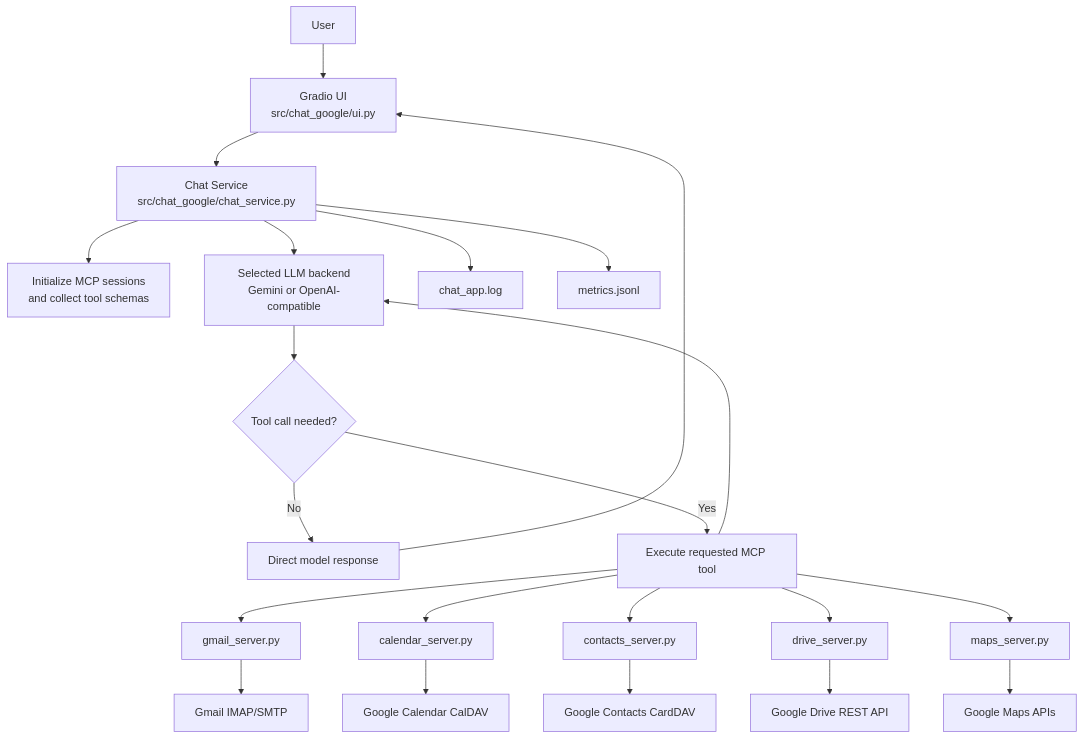
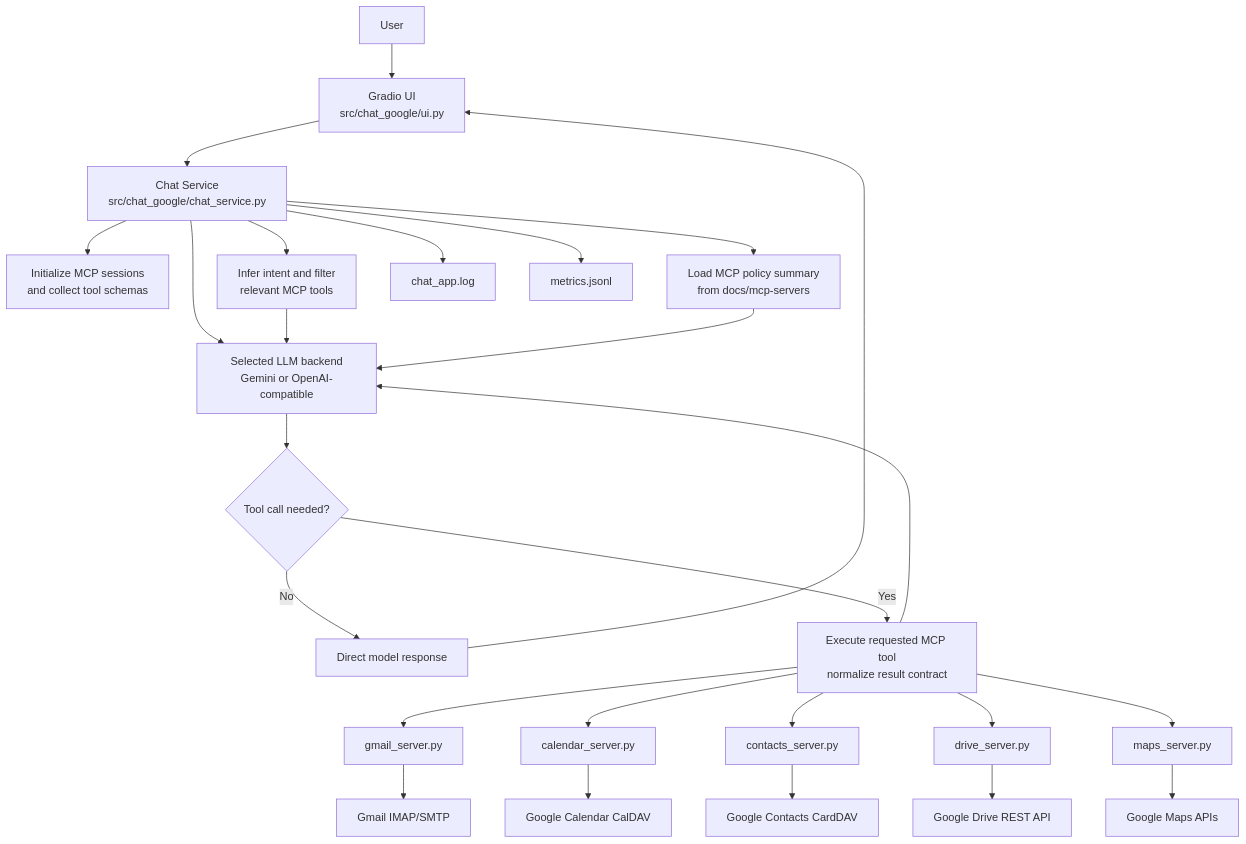
Before and after one commit to agungw132/chat-mcp-google: the diagram in README.md, drawn with Mermaid. The commit also changed other lines of this file and 15 other files, not shown here.

````diff
--- a/README.md
+++ b/README.md
@@ -72,30 +78,34 @@
 ```mermaid
 flowchart TD
     U[User] --> UI[Gradio UI<br/>src/chat_google/ui.py]
     UI --> CS[Chat Service<br/>src/chat_google/chat_service.py]
 
     CS --> MCPREG[Initialize MCP sessions<br/>and collect tool schemas]
+    CS --> ROUTE[Infer intent and filter<br/>relevant MCP tools]
+    CS --> POLICY[Load MCP policy summary<br/>from docs/mcp-servers]
     CS --> LLM[Selected LLM backend<br/>Gemini or OpenAI-compatible]
 
     LLM --> DEC{Tool call needed?}
     DEC -- No --> RESP[Direct model response]
-    DEC -- Yes --> TOOL[Execute requested MCP tool]
+    DEC -- Yes --> TOOL[Execute requested MCP tool<br/>normalize result contract]
 
     TOOL --> MG[gmail_server.py]
     TOOL --> MC[calendar_server.py]
     TOOL --> MT[contacts_server.py]
     TOOL --> MD[drive_server.py]
     TOOL --> MM[maps_server.py]
 
     MG --> GI[Gmail IMAP/SMTP]
     MC --> GC[Google Calendar CalDAV]
     MT --> GCT[Google Contacts CardDAV]
     MD --> GD[Google Drive REST API]
     MM --> GM[Google Maps APIs]
 
+    ROUTE --> LLM
+    POLICY --> LLM
     TOOL --> LLM
     RESP --> UI
 
     CS --> L[chat_app.log]
     CS --> M[metrics.jsonl]
 ```
````
